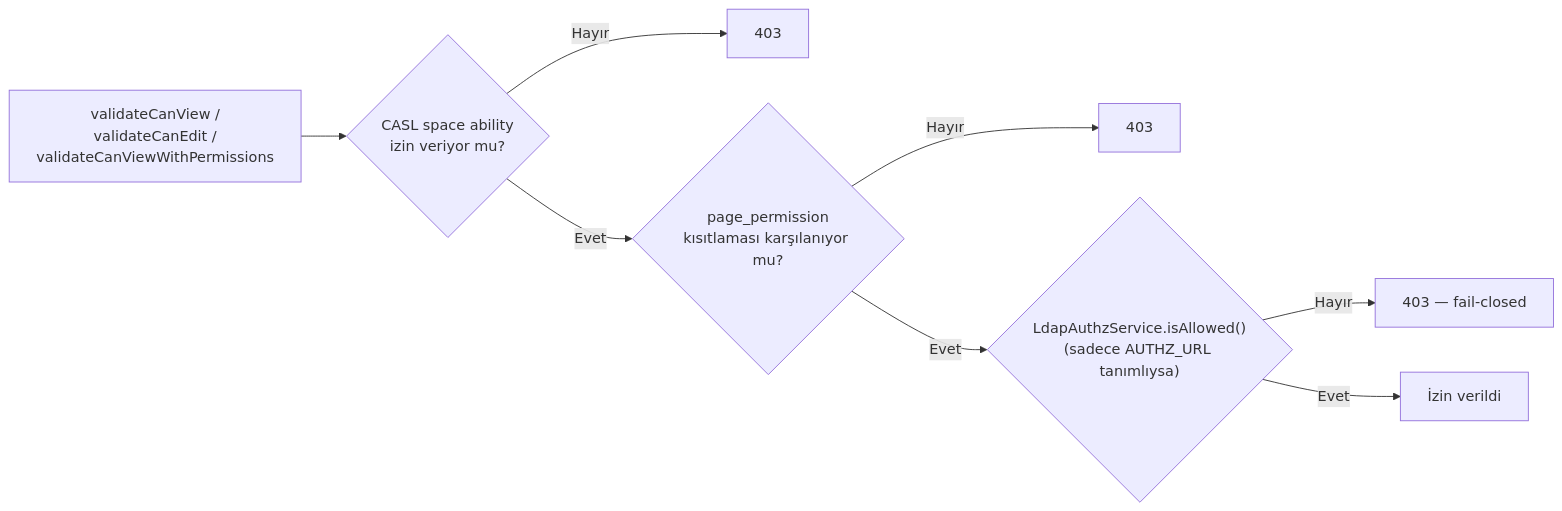
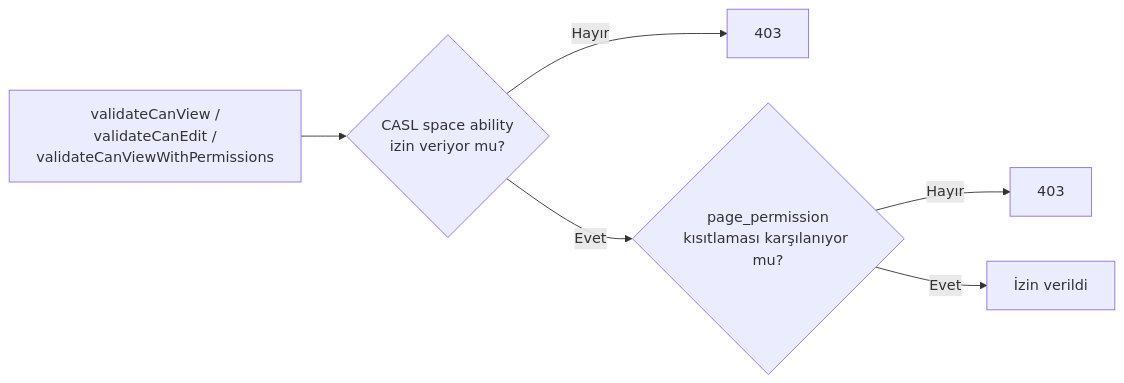
One commit to farukonder-ingtr/docmost changed the second of 7 diagrams in ingwiki/spec/03-final-architecture-and-use-cases.md. Above: the diagram before and after it, drawn with Mermaid. The commit also changed other lines of this file and 40 other files, not shown here.

````diff
--- a/ingwiki/spec/03-final-architecture-and-use-cases.md
+++ b/ingwiki/spec/03-final-architecture-and-use-cases.md
@@ -71,10 +51,8 @@
 ```mermaid
 graph LR
     V[validateCanView /<br/>validateCanEdit /<br/>validateCanViewWithPermissions] --> L1{CASL space ability<br/>izin veriyor mu?}
     L1 -->|Hayır| D1[403]
     L1 -->|Evet| L2{page_permission<br/>kısıtlaması karşılanıyor mu?}
     L2 -->|Hayır| D2[403]
-    L2 -->|Evet| L3{"LdapAuthzService.isAllowed()<br/>(sadece AUTHZ_URL tanımlıysa)"}
-    L3 -->|Hayır| D3[403 — fail-closed]
-    L3 -->|Evet| OK[İzin verildi]
+    L2 -->|Evet| OK[İzin verildi]
 ```
````
